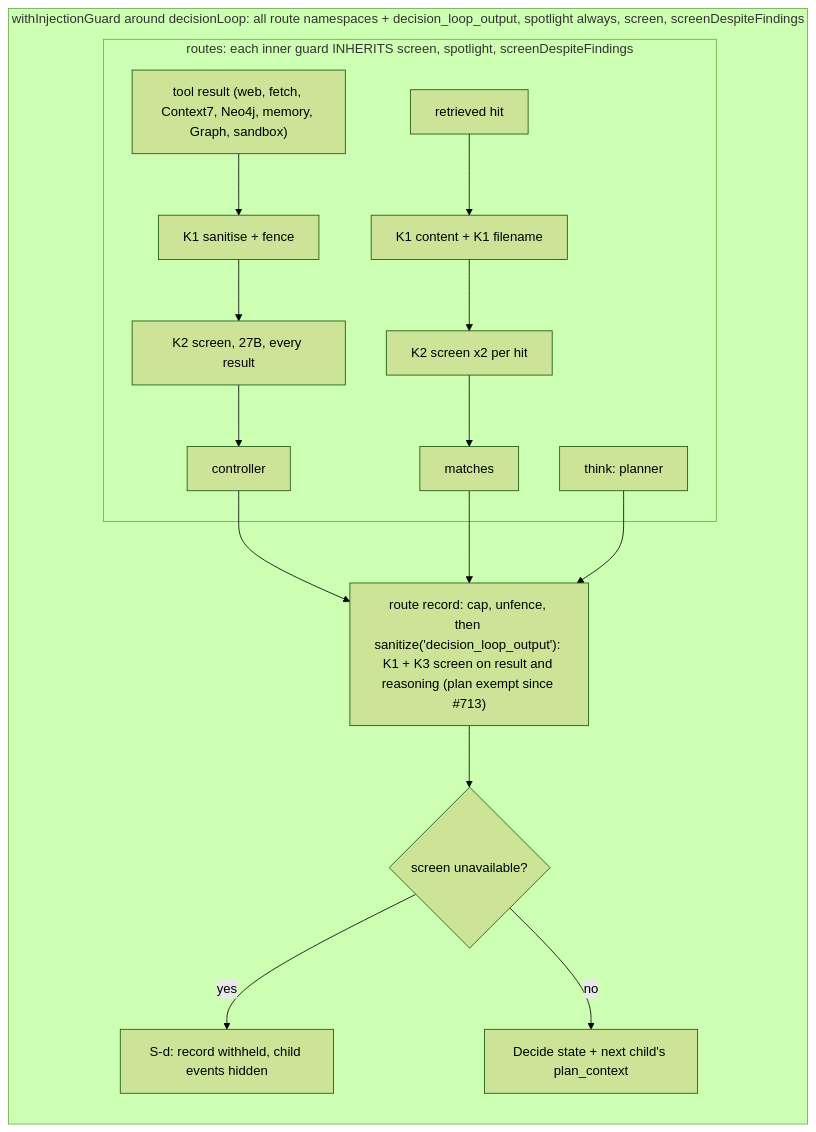
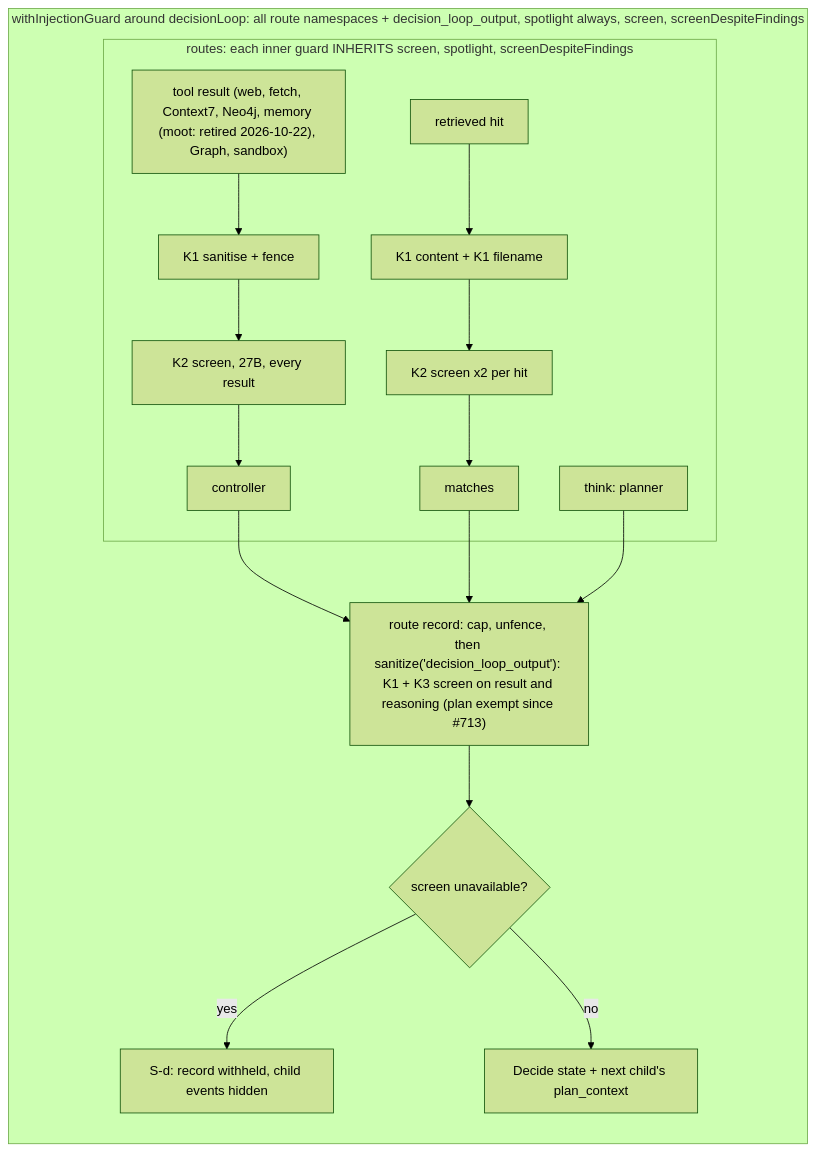
Before and after one commit to mknw/hames-playground: the first of 4 diagrams in docs/plan/boundary-guards.md, drawn with Mermaid (forest theme). The commit also changed other lines of this file and 16 other files, not shown here.

````diff
--- a/docs/plan/boundary-guards.md
+++ b/docs/plan/boundary-guards.md
@@ -90,17 +90,17 @@
 ```mermaid
 flowchart TB
   subgraph ORCH["withInjectionGuard around decisionLoop: all route namespaces + decision_loop_output, spotlight always, screen, screenDespiteFindings"]
     direction TB
     subgraph R["routes: each inner guard INHERITS screen, spotlight, screenDespiteFindings"]
-      TR["tool result (web, fetch, Context7, Neo4j, memory, Graph, sandbox)"] --> K1a["K1 sanitise + fence"] --> K2a["K2 screen, 27B, every result"] --> CTL["controller"]
+      TR["tool result (web, fetch, Context7, Neo4j, memory (moot: retired 2026-10-22), Graph, sandbox)"] --> K1a["K1 sanitise + fence"] --> K2a["K2 screen, 27B, every result"] --> CTL["controller"]
       HIT["retrieved hit"] --> K1b["K1 content + K1 filename"] --> K2b["K2 screen x2 per hit"] --> MATCH["matches"]
       THINK["think: planner"]
     end
     CTL --> REC
     MATCH --> REC
     THINK --> REC
     REC["route record: cap, unfence, then sanitize('decision_loop_output'): K1 + K3 screen on result and reasoning (plan exempt since #713)"] --> SD{"screen unavailable?"}
     SD -->|yes| WH["S-d: record withheld, child events hidden"]
     SD -->|no| STATE["Decide state + next child's plan_context"]
   end
 ```
````
